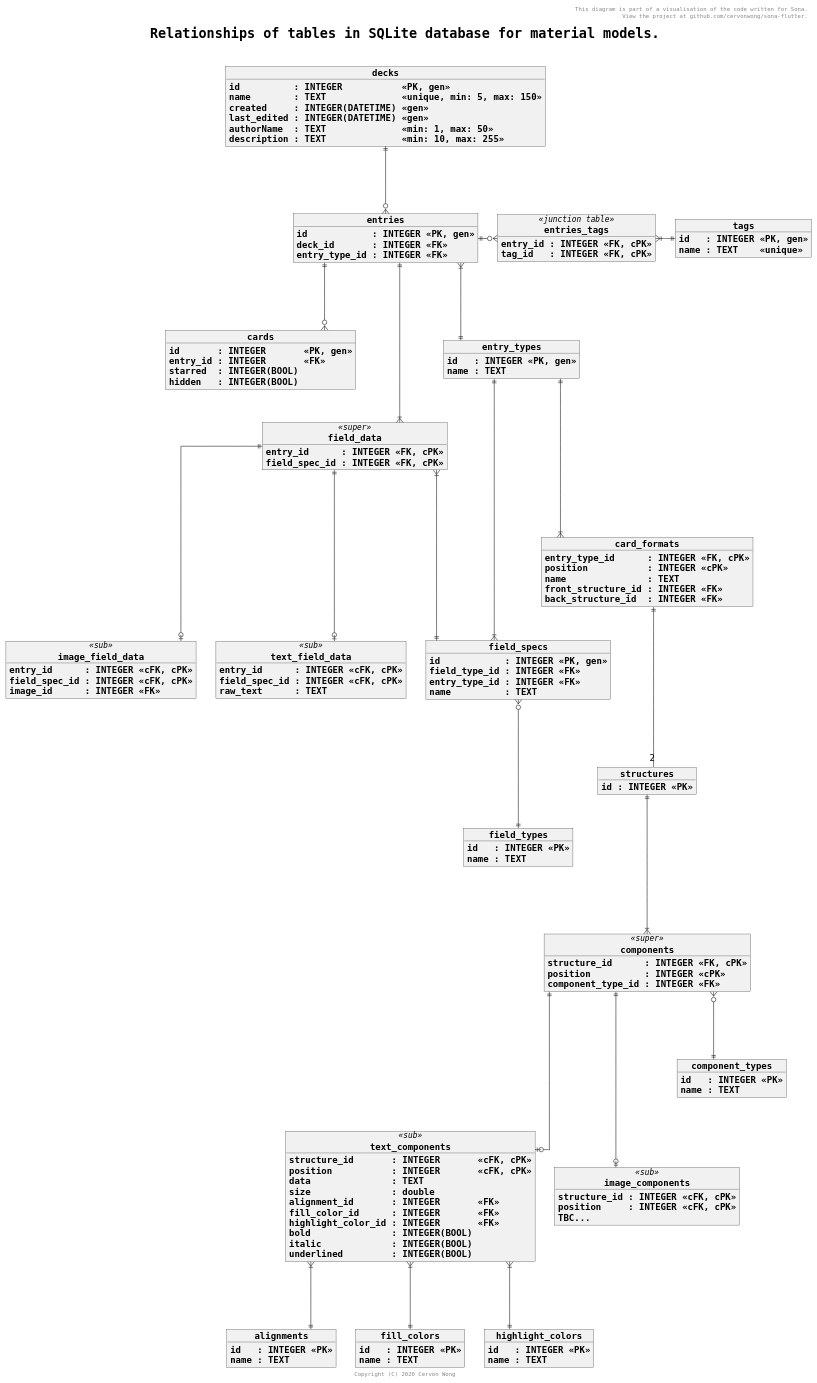
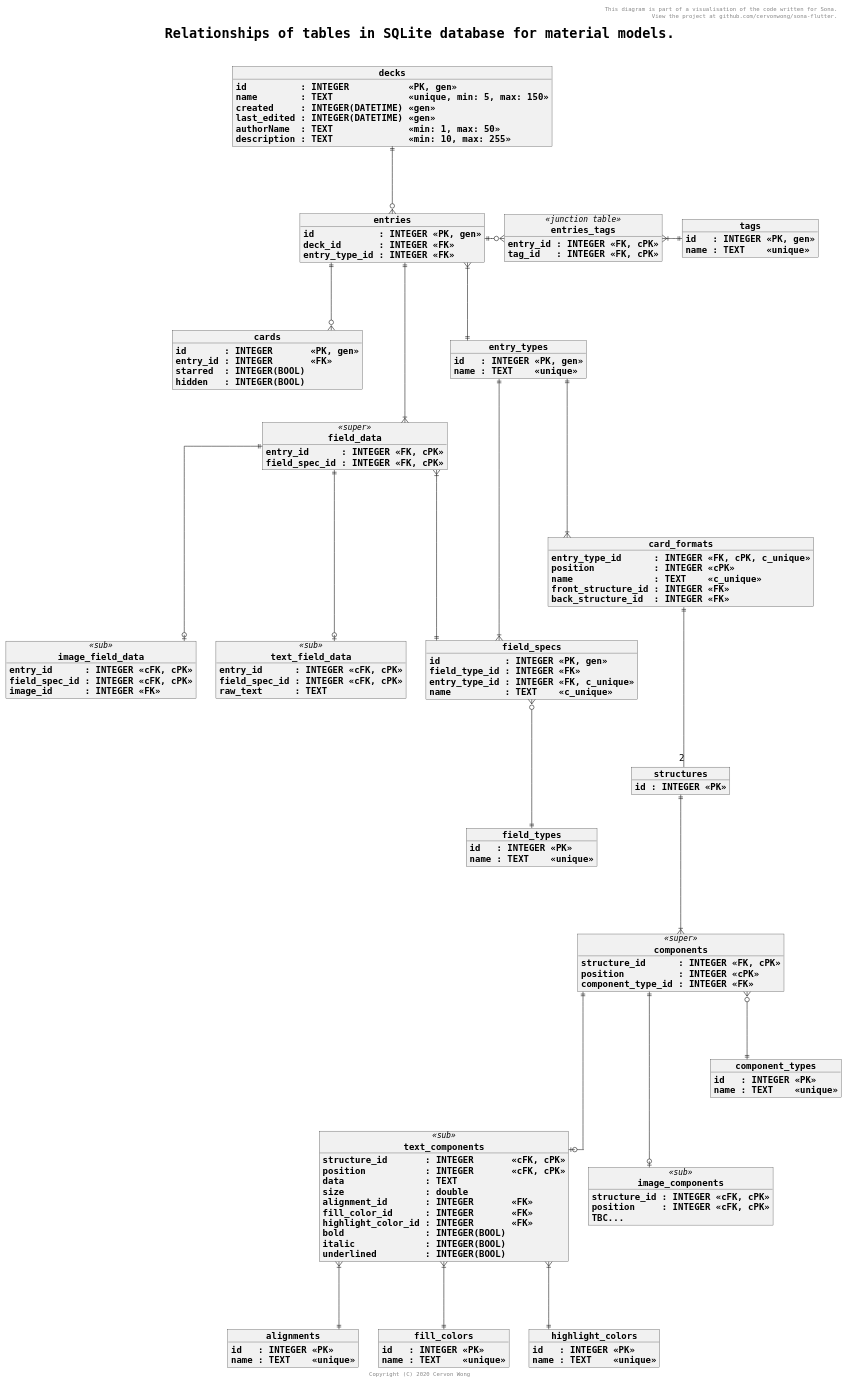
One commit to cervonwong/sona-flutter changed the diagram in puml/material_database.puml. Above: the diagram before and after it, drawn with PlantUML.

Commit message:
Docs(puml): Improve column stereotypes

```diff
--- a/puml/material_database.puml
+++ b/puml/material_database.puml
@@ -1,165 +1,165 @@
 @startuml
 
 skinparam wrapWidth 1000
 skinparam defaultFontName Monospaced
 skinparam objectAttributeFontName Monospaced
 skinparam objectStereotypeFontName Monospaced
 skinparam defaultFontSize 16
 skinparam objectFontSize 16
 skinparam objectStereotypeFontSize 14
 skinparam titleFontSize 24
 skinparam titleFontStyle bold
 skinparam objectFontStyle bold
 skinparam linetype ortho
 skinparam shadowing false
 
 header This diagram is part of a visualisation of the code written for Sona.\n View the project at github.com/cervonwong/sona-flutter.
 title Relationships of tables in SQLite database for material models.\n
 footer Copyright (C) 2020 Cervon Wong
 
 object decks {
 	id          : INTEGER           <<PK, gen>>
 	name        : TEXT              <<unique, min: 5, max: 150>>
 	created     : INTEGER(DATETIME) <<gen>>
 	last_edited : INTEGER(DATETIME) <<gen>>
 	authorName  : TEXT              <<min: 1, max: 50>>
 	description : TEXT              <<min: 10, max: 255>>
 }
 
 object entries {
 	id            : INTEGER <<PK, gen>>
 	deck_id       : INTEGER <<FK>>
 	entry_type_id : INTEGER <<FK>>
 }
 
 object cards {
 	id       : INTEGER       <<PK, gen>>
 	entry_id : INTEGER       <<FK>>
 	starred  : INTEGER(BOOL)
 	hidden   : INTEGER(BOOL)
 }
 
 object tags {
 	id   : INTEGER <<PK, gen>>
 	name : TEXT    <<unique>>
 }
 
 object entries_tags <<junction table>> {
 	entry_id : INTEGER <<FK, cPK>>
 	tag_id   : INTEGER <<FK, cPK>>
 }
 
 object field_specs {
 	id            : INTEGER <<PK, gen>>
 	field_type_id : INTEGER <<FK>>
-	entry_type_id : INTEGER <<FK>>
-	name          : TEXT
+	entry_type_id : INTEGER <<FK, c_unique>>
+	name          : TEXT    <<c_unique>>
 }
 
 object field_types {
 	id   : INTEGER <<PK>>
-	name : TEXT
+	name : TEXT    <<unique>>
 }
 
 object field_data <<super>> {
 	entry_id      : INTEGER <<FK, cPK>>
     field_spec_id : INTEGER <<FK, cPK>>
     ' Get field_type_id from field_specs table.
 }
 
 object text_field_data <<sub>> {
 	entry_id      : INTEGER <<cFK, cPK>>
     field_spec_id : INTEGER <<cFK, cPK>>
 	raw_text      : TEXT
 }
 
 object image_field_data <<sub>> {
 	entry_id      : INTEGER <<cFK, cPK>>
     field_spec_id : INTEGER <<cFK, cPK>>
 	image_id      : INTEGER <<FK>>
 }
 
 object entry_types {
 	id   : INTEGER <<PK, gen>>
-	name : TEXT
+	name : TEXT    <<unique>>
 }
 
 object card_formats {
-	entry_type_id      : INTEGER <<FK, cPK>>
+	entry_type_id      : INTEGER <<FK, cPK, c_unique>>
 	position           : INTEGER <<cPK>>
-	name               : TEXT
+	name               : TEXT    <<c_unique>>
 	front_structure_id : INTEGER <<FK>>
 	back_structure_id  : INTEGER <<FK>>
 }
 
 object structures {
 	id : INTEGER <<PK>>
 }
 
 object components <<super>> {
 	structure_id      : INTEGER <<FK, cPK>>
 	position          : INTEGER <<cPK>>
 	component_type_id : INTEGER <<FK>>
 }
 
 object text_components <<sub>> {
 	structure_id       : INTEGER       <<cFK, cPK>>
 	position           : INTEGER       <<cFK, cPK>>
 	data               : TEXT
 	size               : double
 	alignment_id       : INTEGER       <<FK>>
 	fill_color_id      : INTEGER       <<FK>>
 	highlight_color_id : INTEGER       <<FK>>
 	bold               : INTEGER(BOOL)
 	italic             : INTEGER(BOOL)
 	underlined         : INTEGER(BOOL)
 }
 
 object alignments {
 	id   : INTEGER <<PK>>
-	name : TEXT
+	name : TEXT    <<unique>>
 }
 
 object fill_colors {
 	id   : INTEGER <<PK>>
-	name : TEXT
+	name : TEXT    <<unique>>
 }
 
 object highlight_colors {
 	id   : INTEGER <<PK>>
-	name : TEXT
+	name : TEXT    <<unique>>
 }
 
 object image_components <<sub>> {
 	structure_id : INTEGER <<cFK, cPK>>
     position     : INTEGER <<cFK, cPK>>
     TBC...
 }
 
 object component_types {
 	id   : INTEGER <<PK>>
-	name : TEXT
+	name : TEXT    <<unique>>
 }
 
 decks           ||---o{    entries
 entries         ||---o{    cards
 entries         ||-o{      entries_tags : \t
 entries_tags    }|-||      tags : \t
 field_specs     }o----||   field_types
 field_data      ||----o|   text_field_data
 field_data      ||----o|   image_field_data
 field_data      }|----||   field_specs
 entries         ||----|{   field_data
 entries         }|---||    entry_types
 entry_types     ||----|{   field_specs
 entry_types     ||----|{   card_formats
 card_formats    ||---- "2" structures
 structures      ||----|{   components
 components      }o---||    component_types
 components      ||----o|   text_components
 components      ||----o|   image_components
 text_components }|---||    alignments
 text_components }|---||    fill_colors
 text_components }|---||    highlight_colors
 
 @enduml
```
